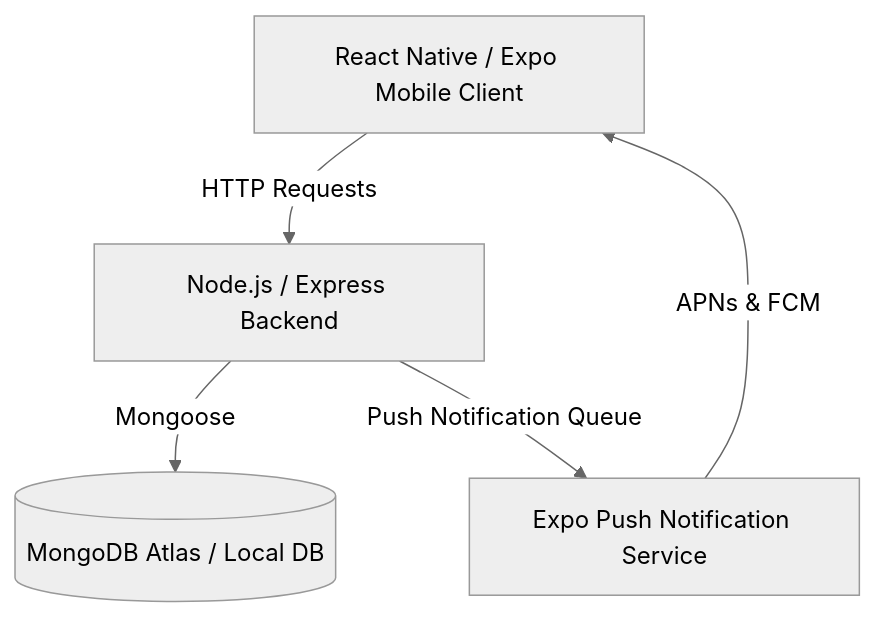
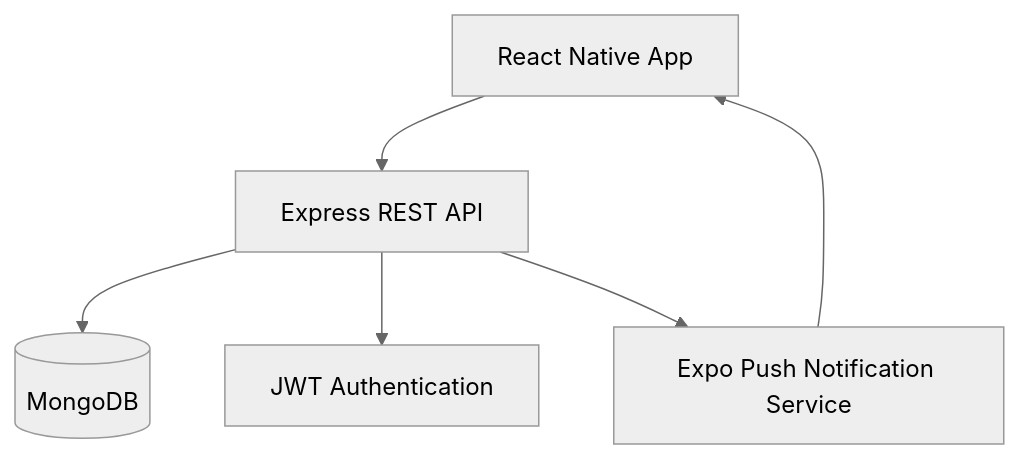
The diagram in README.md (aarav12e/Flat_Manager_APK), drawn with Mermaid (neutral theme) before and after one commit. The commit also changed other lines of this file, not shown here.

````diff
--- a/README.md
+++ b/README.md
@@ -25,7 +94,14 @@
 ```mermaid
 graph TD
-    A[React Native / Expo Mobile Client] -->|HTTP Requests| B[Node.js / Express Backend]
-    B -->|Mongoose| C[(MongoDB Atlas / Local DB)]
-    B -->|Push Notification Queue| D[Expo Push Notification Service]
-    D -->|APNs & FCM| A
+
+A[React Native App]
+-->B[Express REST API]
+
+B-->C[(MongoDB)]
+
+B-->D[JWT Authentication]
+
+B-->E[Expo Push Notification Service]
+
+E-->A
 ```
````
